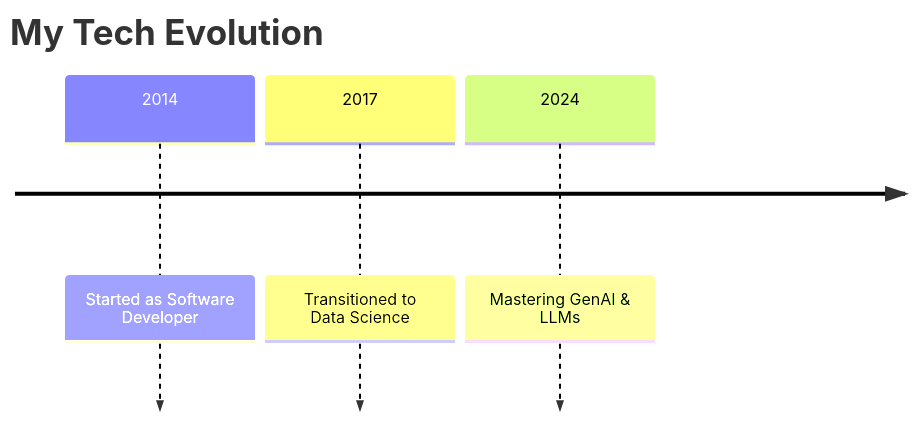
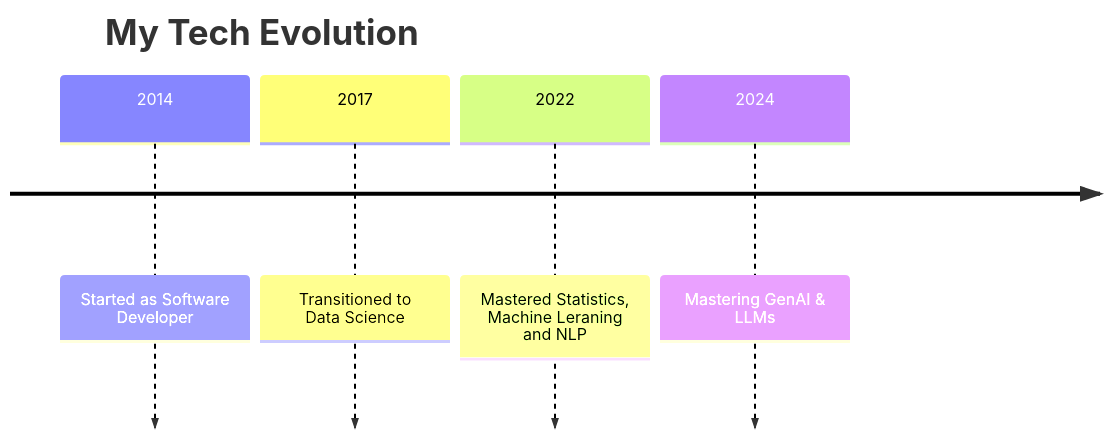
Before and after one commit to nikhilniksss/nikhilniksss: the first of 2 diagrams in README.md, drawn with Mermaid.

````diff
--- a/README.md
+++ b/README.md
@@ -8,7 +8,8 @@
 ```mermaid
 timeline
     title My Tech Evolution
     2014 : Started as Software Developer
     2017 : Transitioned to Data Science
+    2022 : Mastered Statistics, Machine Leraning and NLP
     2024 : Mastering GenAI & LLMs
 ```
````
